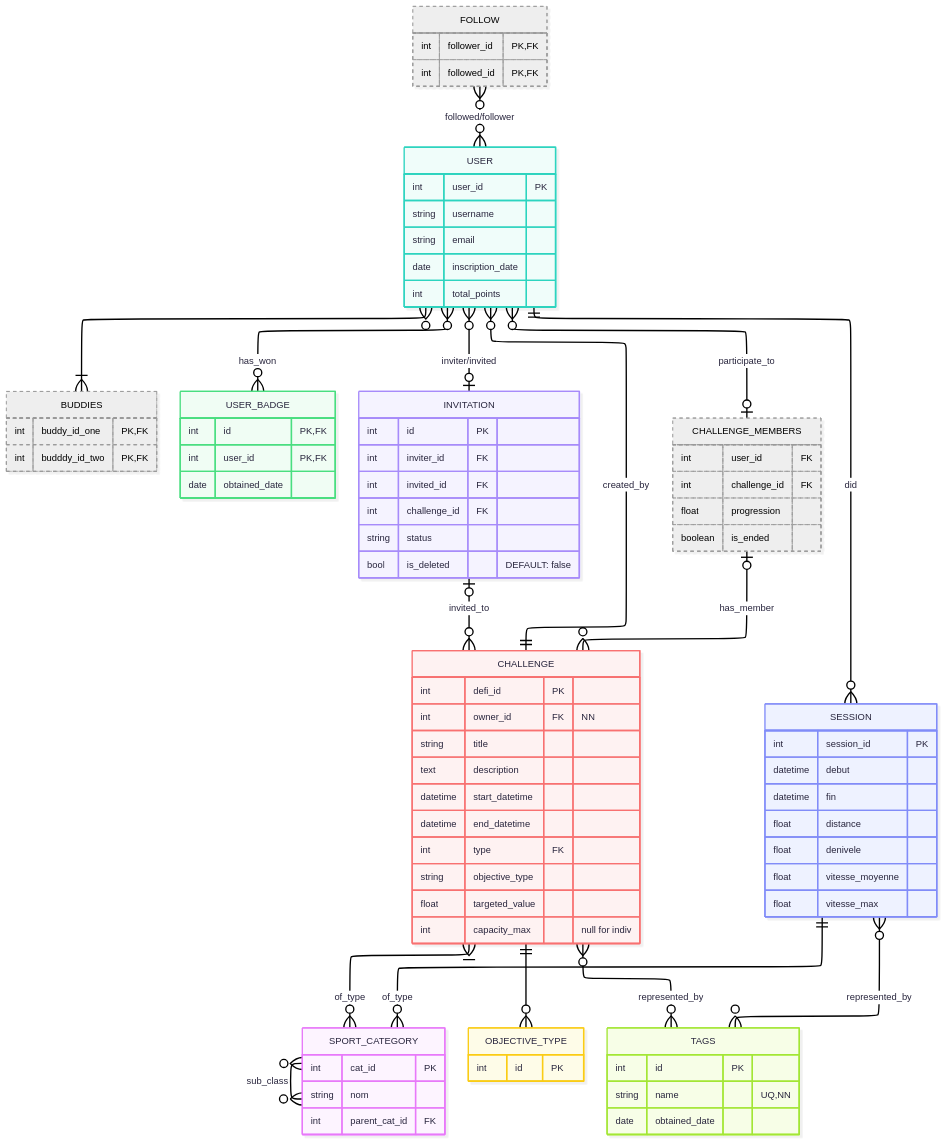
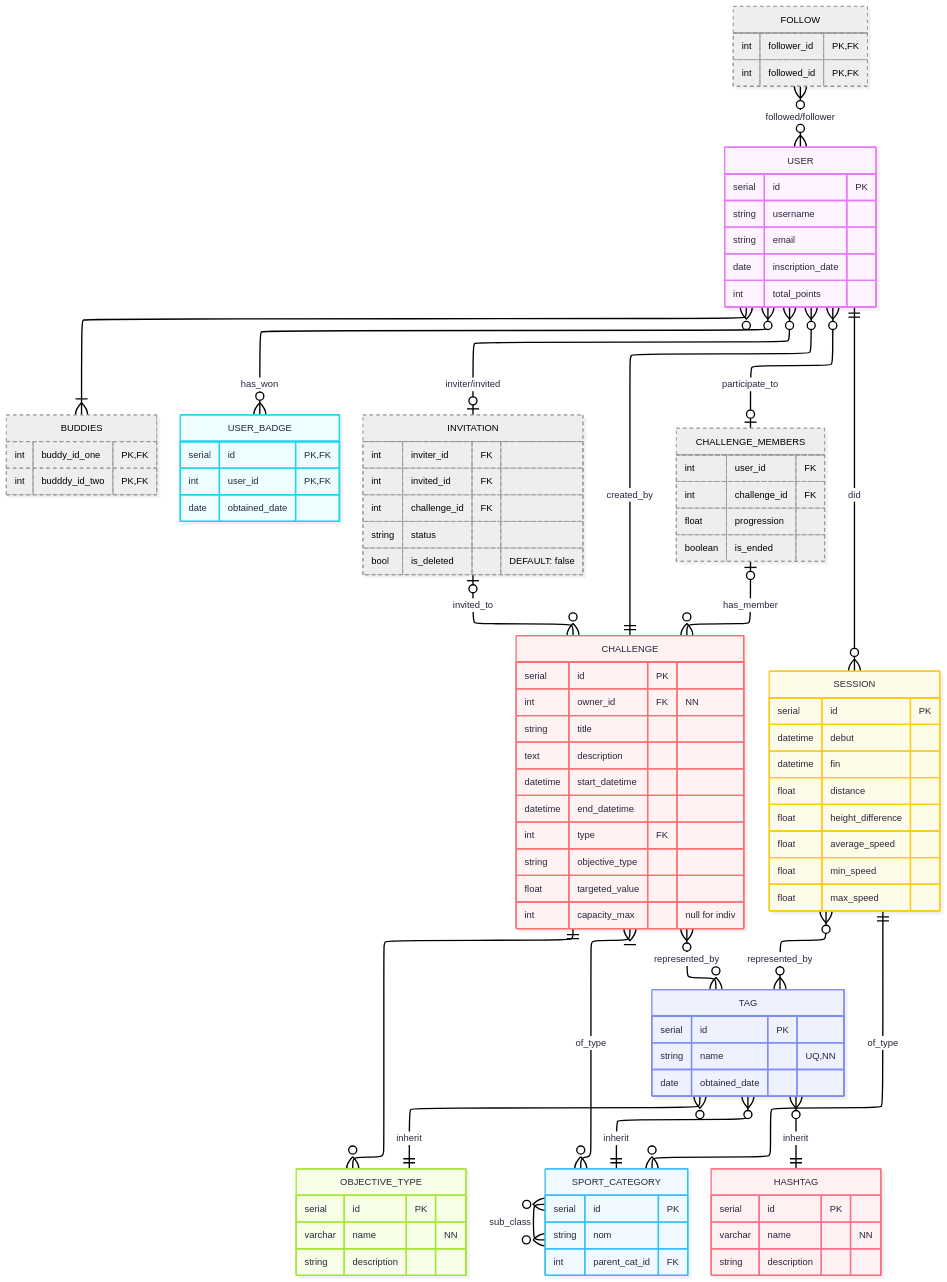
Before and after one commit to pax-projects/college-sql-project-2026: the diagram in diagram.mermaid, drawn with Mermaid.

Commit message:
feat(diagram-tags): add inheritance for diagrams

```diff
--- a/diagram.mermaid
+++ b/diagram.mermaid
@@ -1,113 +1,126 @@
 ---
 config:
   look: neo
   layout: elk
   theme: redux-color
 ---
 erDiagram
 	direction TB
-	SPORT_CATEGORY {
-		int cat_id PK ""  
-		string nom  ""  
-		int parent_cat_id FK ""  
-	}
-
 	USER {
-		int user_id PK ""  
+	    serial id PK ""  
 		string username  ""  
 		string email  ""  
 		date inscription_date  ""  
 		int total_points  ""  
 	}
 
 	FOLLOW {
 		int follower_id PK,FK ""  
 		int followed_id PK,FK ""  
 	}
 
 	BUDDIES {
 		int buddy_id_one PK,FK ""  
 		int budddy_id_two PK,FK ""  
 	}
 
 	USER_BADGE {
-		int id PK,FK ""  
+		serial id PK,FK ""  
 		int user_id PK,FK ""  
 		date obtained_date  ""  
 	}
 
-	INVITATION {
-		int id PK ""  
+	INVITATION { 
 		int inviter_id FK ""  
 		int invited_id FK ""  
 		int challenge_id FK ""  
 		string status  ""  
 		bool is_deleted  "DEFAULT: false"  
 	}
 
+	CHALLENGE_MEMBERS {
+		int user_id FK ""  
+		int challenge_id FK ""  
+		float progression  ""  
+		boolean is_ended  ""  
+	}
+
 	CHALLENGE {
-		int defi_id PK ""  
+		serial id PK ""  
 		int owner_id FK "NN"  
 		string title  ""  
 		text description  ""  
 		datetime start_datetime  ""  
 		datetime end_datetime  ""  
 		int type FK ""  
 		string objective_type  ""  
 		float targeted_value  ""  
 		int capacity_max  "null for indiv"  
 	}
 
-	OBJECTIVE_TYPE {
-		int id PK ""  
-	}
-
 	SESSION {
-		int session_id PK ""  
+		serial id PK ""  
 		datetime debut  ""  
 		datetime fin  ""  
 		float distance  ""  
-		float denivele  ""  
-		float vitesse_moyenne  ""  
-		float vitesse_max  ""  
+		float height_difference  ""  
+		float average_speed  ""
+        float min_speed ""  
+		float max_speed  ""  
 	}
 
-	TAGS {
-		int id PK ""  
+	TAG {
+		serial id PK ""  
 		string name  "UQ,NN"  
 		date obtained_date  ""  
 	}
 
-	CHALLENGE_MEMBERS {
-		int user_id FK ""  
-		int challenge_id FK ""  
-		float progression  ""  
-		boolean is_ended  ""  
+	OBJECTIVE_TYPE {
+		serial id PK ""  
+		varchar name  "NN"  
+		string description  ""  
 	}
+
+	SPORT_CATEGORY {
+		serial id PK ""  
+		string nom  ""  
+		int parent_cat_id FK ""  
+	}
+
+    HASHTAG {
+        serial id PK ""
+        varchar name "NN"
+        string description ""
+    }
 
 	SPORT_CATEGORY}o--o{SPORT_CATEGORY:"sub_class"
 	CHALLENGE_MEMBERS|o--o{CHALLENGE:"has_member"
 	USER}o--o|INVITATION:"inviter/invited"
 	USER}o--o|CHALLENGE_MEMBERS:"participate_to"
 	USER||--o{SESSION:"did"
 	USER}o--||CHALLENGE:"created_by"
 	USER}o--o{USER_BADGE:"has_won"
 	USER}o--|{BUDDIES:"  "
 	INVITATION|o--o{CHALLENGE:"invited_to"
 	FOLLOW}o--o{USER:"followed/follower"
 	SESSION||--o{SPORT_CATEGORY:"of_type"
 	CHALLENGE}|--o{SPORT_CATEGORY:"of_type"
-	SESSION}o--o{TAGS:"represented_by"
-	CHALLENGE}o--o{TAGS:"represented_by"
+	SESSION}o--o{TAG:"represented_by"
+	CHALLENGE}o--o{TAG:"represented_by"
 	CHALLENGE||--o{OBJECTIVE_TYPE:"  "
+	TAG}o--||OBJECTIVE_TYPE:"inherit"
+	TAG}o--||SPORT_CATEGORY:"inherit"
+    TAG}o--||HASHTAG:"inherit"
 
-	style FOLLOW :::::::::::::::::::::::::::::::::stroke-width:4px,stroke-dasharray:5
-	style BUDDIES :stroke-width:4px,stroke-dasharray: 5
+	style FOLLOW :::::::::::::::::::::::::::::::::::::::::::::::::stroke-width:4px,stroke-dasharray:5
+	style BUDDIES :::::::::::::::::stroke-width:4px,stroke-dasharray:5
 
-	style CHALLENGE_MEMBERS ::::::::::::::::::::::::::::::::stroke-width:4px,stroke-dasharray:5
+	style INVITATION :stroke-width:4px,stroke-dasharray: 5
+	style CHALLENGE_MEMBERS ::::::::::::::::::::::::::::::::::::::::::::::::stroke-width:4px,stroke-dasharray:5
 
 	FOLLOW:::Ash
 	BUDDIES:::Ash
+	INVITATION:::Ash
 	CHALLENGE_MEMBERS:::Ash
 
 	classDef Ash :,stroke-width:1px, stroke-dasharray:none, stroke:#999999, fill:#EEEEEE, color:#000000
```
